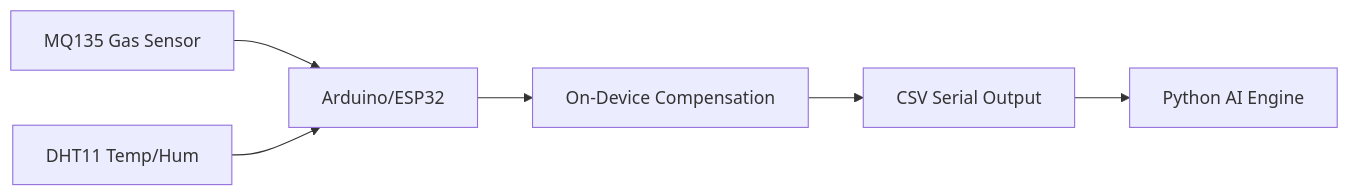
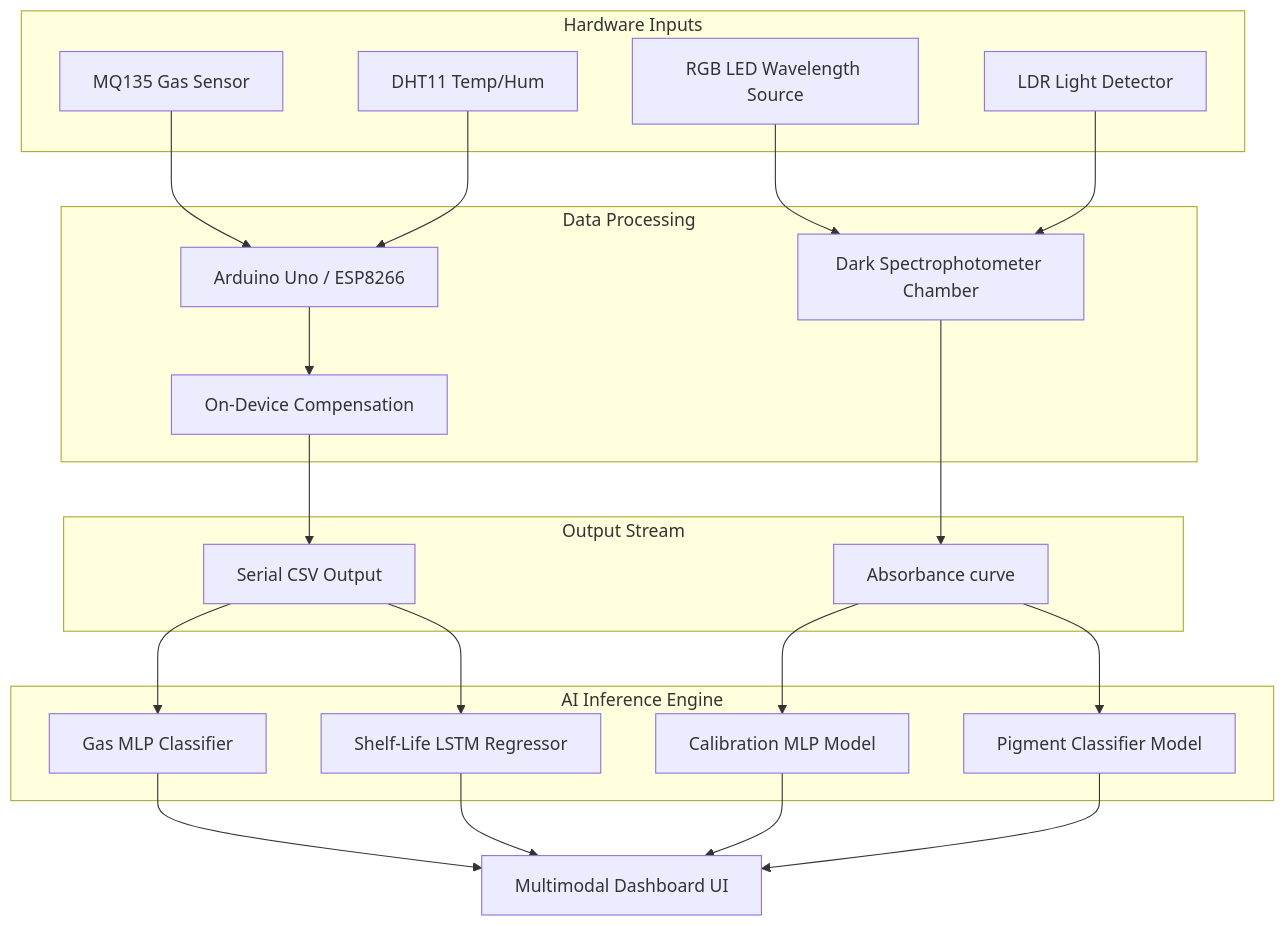
Before and after one commit to Aditya-Ranjan1234/FoodSense-AI: the diagram in README.md, drawn with Mermaid. The commit also changed 3657 other files, not shown here.

````diff
--- a/README.md
+++ b/README.md
@@ -22,8 +22,43 @@
 ```mermaid
-graph LR
-    A[MQ135 Gas Sensor] --> D[Arduino/ESP32]
-    B[DHT11 Temp/Hum] --> D
-    D --> E[On-Device Compensation]
-    E --> F[CSV Serial Output]
-    F --> G[Python AI Engine]
+graph TD
+    subgraph Hardware Inputs
+        A[MQ135 Gas Sensor]
+        B[DHT11 Temp/Hum]
+        C[RGB LED Wavelength Source]
+        D[LDR Light Detector]
+    end
+
+    subgraph Data Processing
+        E[Arduino Uno / ESP8266]
+        F[On-Device Compensation]
+        G[Dark Spectrophotometer Chamber]
+    end
+
+    subgraph Output Stream
+        H[Serial CSV Output]
+        I[Absorbance curve]
+    end
+
+    subgraph AI Inference Engine
+        J[Gas MLP Classifier]
+        K[Shelf-Life LSTM Regressor]
+        L[Calibration MLP Model]
+        M[Pigment Classifier Model]
+    end
+
+    A --> E
+    B --> E
+    E --> F
+    F --> H
+
+    C --> G
+    D --> G
+    G --> I
+
+    H --> J
+    H --> K
+    I --> L
+    I --> M
+    
+    J & K & L & M --> O[Multimodal Dashboard UI]
 ```
````
